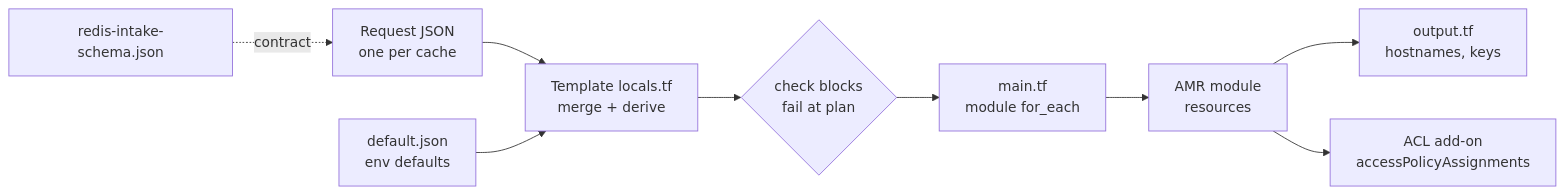
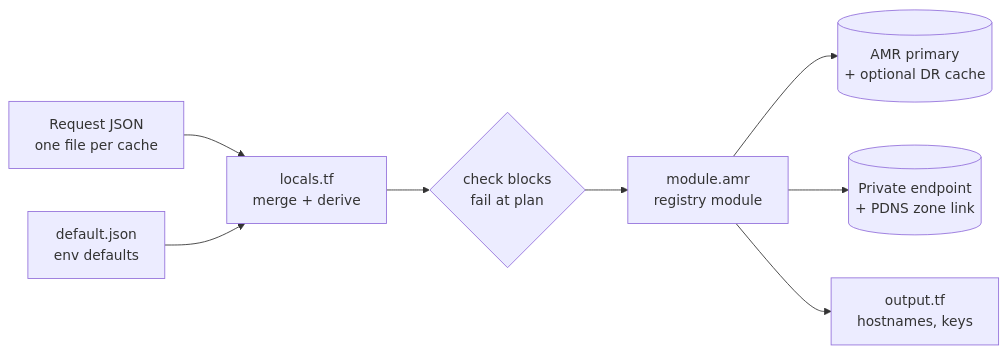
Before and after one commit to h4ppy-minds/azure-managedredis: the first of 2 diagrams in config/SOP Azure Managed Redis Terraform Template & Modules.md, drawn with Mermaid. The commit also changed other lines of this file, not shown here.

Commit message:
Update SOP Azure Managed Redis Terraform Template & Modules.md

````diff
--- a/config/SOP Azure Managed Redis Terraform Template & Modules.md
+++ b/config/SOP Azure Managed Redis Terraform Template & Modules.md
@@ -26,11 +36,10 @@
 ```mermaid
 flowchart LR
-  A[Request JSON<br/>one per cache] --> C[Template locals.tf<br/>merge + derive]
-  B[default.json<br/>env defaults] --> C
-  S[redis-intake-schema.json] -.contract.-> A
-  C --> K{check blocks<br/>fail at plan}
-  K --> M[main.tf<br/>module for_each]
-  M --> R[AMR module<br/>resources]
-  R --> O[output.tf<br/>hostnames, keys]
-  R --> P[ACL add-on<br/>accessPolicyAssignments]
+  R[Request JSON<br/>one file per cache] --> L[locals.tf<br/>merge + derive]
+  D[default.json<br/>env defaults] --> L
+  L --> K{check blocks<br/>fail at plan}
+  K --> M[module.amr<br/>registry module]
+  M --> P[(AMR primary<br/>+ optional DR cache)]
+  M --> N[(Private endpoint<br/>+ PDNS zone link)]
+  M --> O[output.tf<br/>hostnames, keys]
 ```
````
